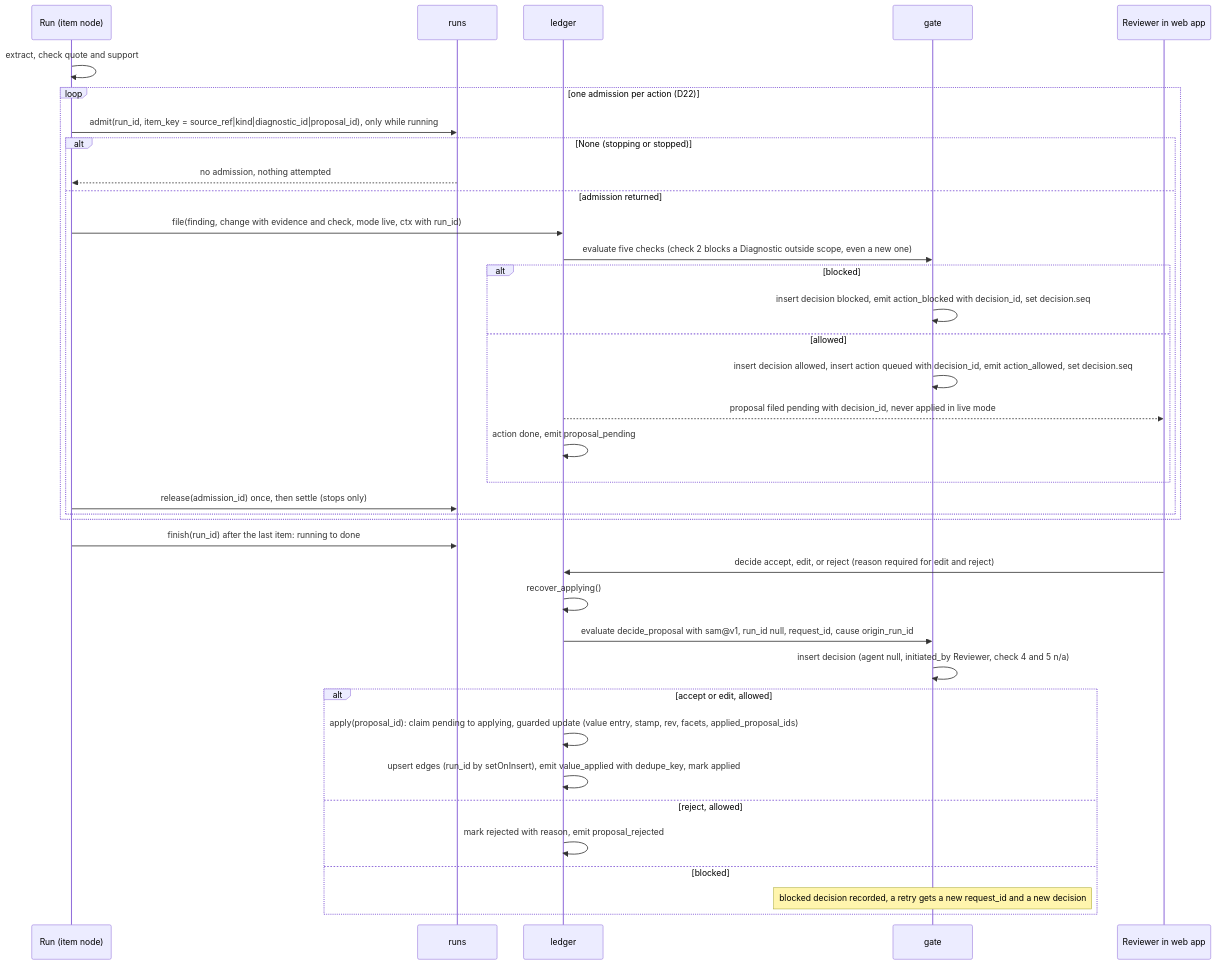
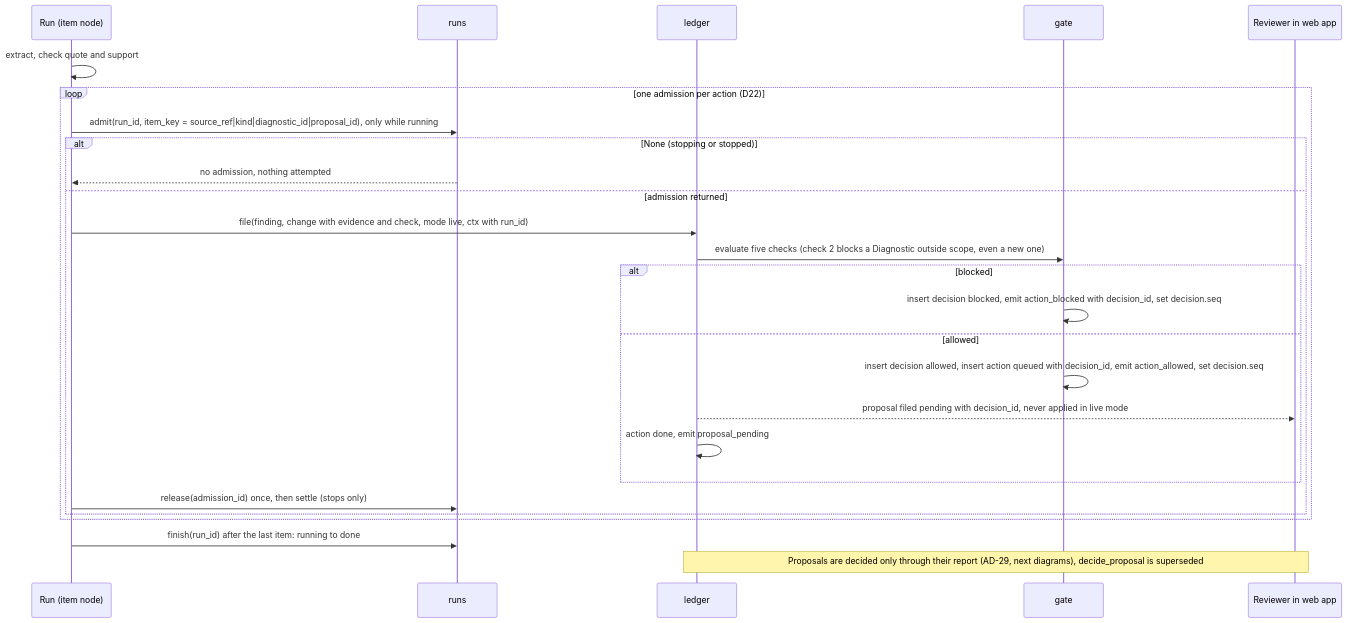
The third of 7 diagrams in _bmad-output/planning-artifacts/architecture/architecture-agents-in-context-toronto-2026-11-13/ARCHITECTURE-SPINE.md (lutic1/agents-in-context-toronto), drawn with Mermaid before and after one commit. The commit also changed other lines of this file and 23 other files, not shown here.

````diff
--- a/_bmad-output/planning-artifacts/architecture/architecture-agents-in-context-toronto-2026-11-13/ARCHITECTURE-SPINE.md
+++ b/_bmad-output/planning-artifacts/architecture/architecture-agents-in-context-toronto-2026-11-13/ARCHITECTURE-SPINE.md
@@ -647,39 +865,28 @@
 ```mermaid
 sequenceDiagram
   participant J as Run (item node)
   participant RN as runs
   participant L as ledger
   participant G as gate
   participant R as Reviewer in web app
   J->>J: extract, check quote and support
   loop one admission per action (D22)
     J->>RN: admit(run_id, item_key = source_ref|kind|diagnostic_id|proposal_id), only while running
     alt None (stopping or stopped)
       RN-->>J: no admission, nothing attempted
     else admission returned
       J->>L: file(finding, change with evidence and check, mode live, ctx with run_id)
       L->>G: evaluate five checks (check 2 blocks a Diagnostic outside scope, even a new one)
       alt blocked
         G->>G: insert decision blocked, emit action_blocked with decision_id, set decision.seq
       else allowed
         G->>G: insert decision allowed, insert action queued with decision_id, emit action_allowed, set decision.seq
         L-->>R: proposal filed pending with decision_id, never applied in live mode
         L->>L: action done, emit proposal_pending
       end
       J->>RN: release(admission_id) once, then settle (stops only)
     end
   end
   J->>RN: finish(run_id) after the last item: running to done
-  R->>L: decide accept, edit, or reject (reason required for edit and reject)
-  L->>L: recover_applying()
-  L->>G: evaluate decide_proposal with sam@v1, run_id null, request_id, cause origin_run_id
-  G->>G: insert decision (agent null, initiated_by Reviewer, check 4 and 5 n/a)
-  alt accept or edit, allowed
-    L->>L: apply(proposal_id): claim pending to applying, guarded update (value entry, stamp, rev, facets, applied_proposal_ids)
-    L->>L: upsert edges (run_id by setOnInsert), emit value_applied with dedupe_key, mark applied
-  else reject, allowed
-    L->>L: mark rejected with reason, emit proposal_rejected
-  else blocked
-    Note over G: blocked decision recorded, a retry gets a new request_id and a new decision
-  end
+  Note over R,L: Proposals are decided only through their report (AD-29, next diagrams), decide_proposal is superseded
 ```
````
